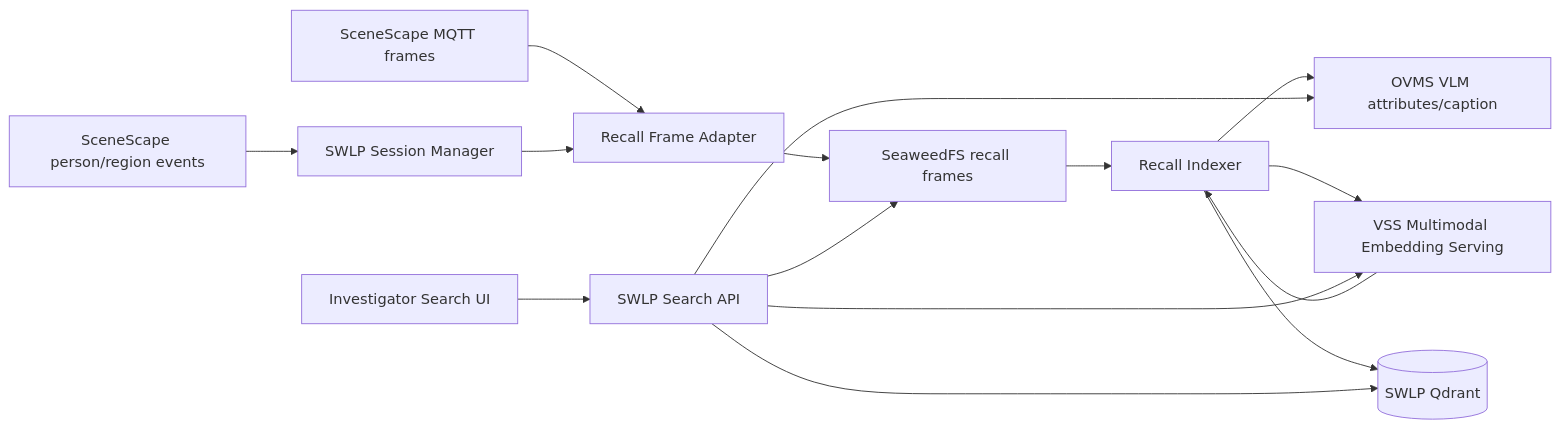
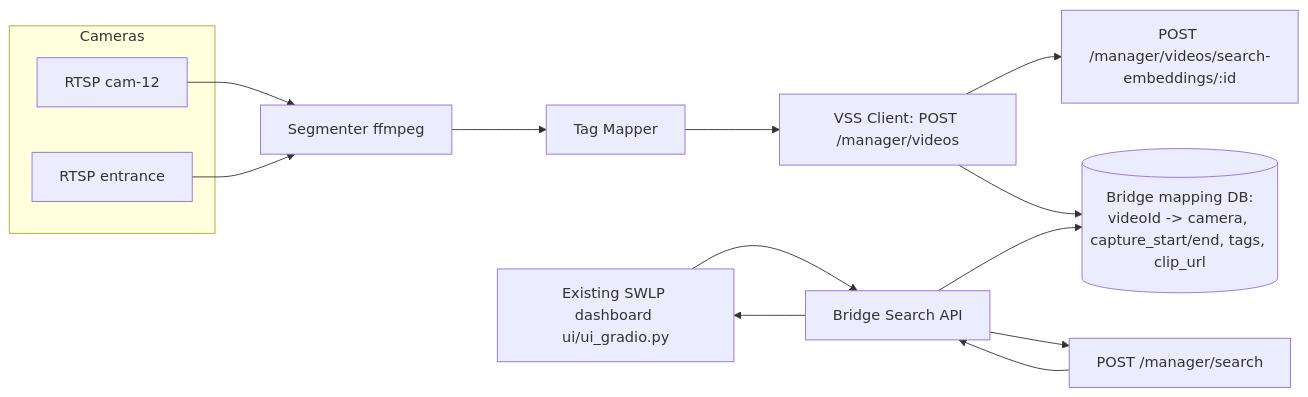
One commit to intel-retail/storewide-loss-prevention changed the first of 2 diagrams in suspicious-activity-detection/docs/vlm-recall.md. Above: the diagram before and after it, drawn with Mermaid. The commit also changed other lines of this file and 2 other files, not shown here.

Commit message:
recall feature design

````diff
--- a/suspicious-activity-detection/docs/vlm-recall.md
+++ b/suspicious-activity-detection/docs/vlm-recall.md
@@ -152,17 +77,18 @@
 ```mermaid
 flowchart LR
-    MQTT[SceneScape MQTT frames] --> RFA[Recall Frame Adapter]
-    SS[SceneScape person/region events] --> SM[SWLP Session Manager]
-    SM --> RFA
-    RFA --> S3[SeaweedFS recall frames]
-    S3 --> IDX[Recall Indexer]
-    IDX --> VLM[OVMS VLM attributes/caption]
-    IDX --> VSS[VSS Multimodal Embedding Serving]
-    VSS --> IDX
-    IDX --> QD[(SWLP Qdrant)]
-    UI[Investigator Search UI] --> API[SWLP Search API]
-    API --> VLM
-    API --> VSS
-    API --> QD
-    API --> S3
+    subgraph Cameras
+      R1[RTSP cam-12]
+      R2[RTSP entrance]
+    end
+    R1 --> SEG[Segmenter ffmpeg]
+    R2 --> SEG
+    SEG --> TAG[Tag Mapper]
+    TAG --> UP[VSS Client: POST /manager/videos]
+    UP --> EMB[POST /manager/videos/search-embeddings/:id]
+    UP --> MAP[(Bridge mapping DB:\nvideoId -> camera, capture_start/end, tags, clip_url)]
+    INV[Existing SWLP dashboard ui/ui_gradio.py] --> SAPI[Bridge Search API]
+    SAPI --> VSEARCH[POST /manager/search]
+    VSEARCH --> SAPI
+    SAPI --> MAP
+    SAPI --> INV
 ```
````
